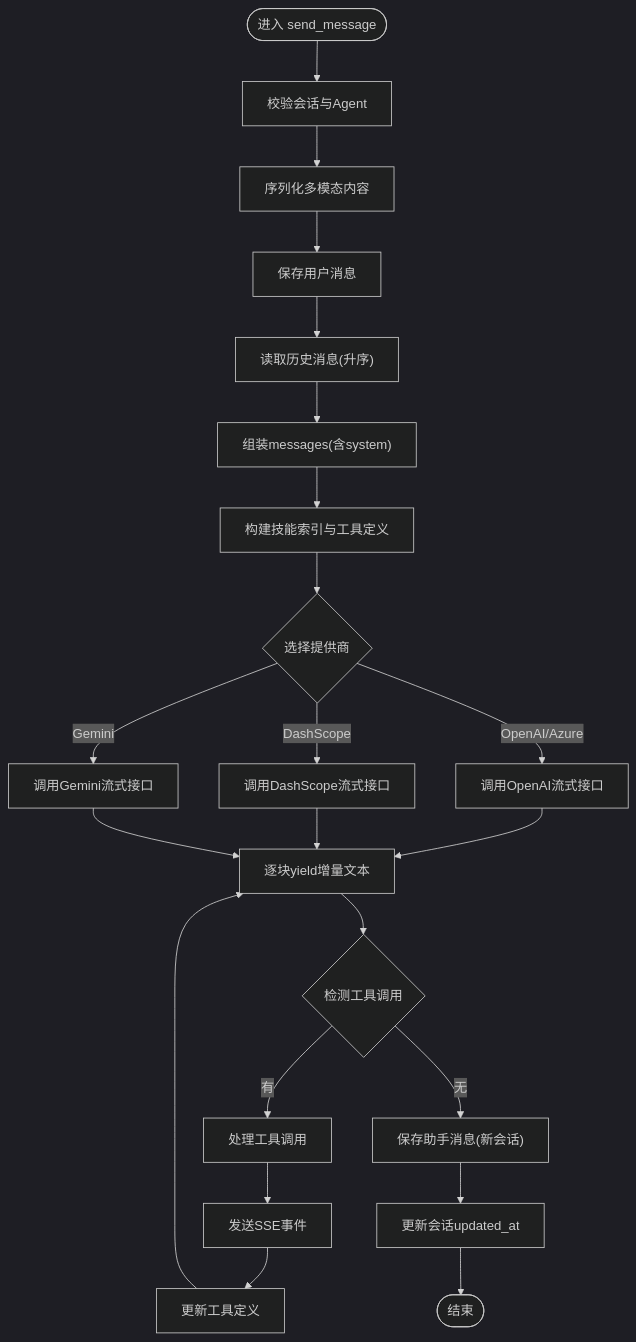
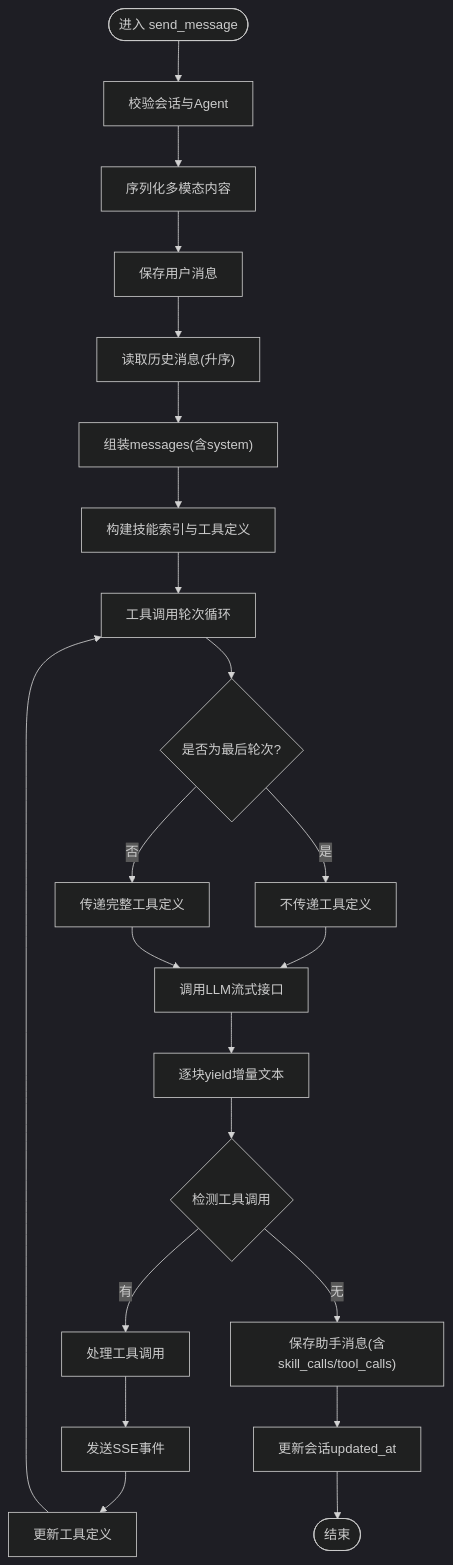
Before and after one commit to KunLabAI/KunFlix: the third of 12 diagrams in .qoder/repowiki/zh/content/后端开发指南/API路由系统/聊天交互API.md, drawn with Mermaid (dark theme). The commit also changed other lines of this file and 43 other files, not shown here.

````diff
--- a/.qoder/repowiki/zh/content/后端开发指南/API路由系统/聊天交互API.md
+++ b/.qoder/repowiki/zh/content/后端开发指南/API路由系统/聊天交互API.md
@@ -191,24 +199,24 @@
 ```mermaid
 flowchart TD
 Start(["进入 send_message"]) --> CheckSession["校验会话与Agent"]
 CheckSession --> SerializeContent["序列化多模态内容"]
 SerializeContent --> SaveUser["保存用户消息"]
 SaveUser --> LoadHistory["读取历史消息(升序)"]
 LoadHistory --> BuildMessages["组装messages(含system)"]
 BuildMessages --> BuildSkills["构建技能索引与工具定义"]
-BuildSkills --> CallProvider{"选择提供商"}
-CallProvider --> |OpenAI/Azure| OpenAI["调用OpenAI流式接口"]
-CallProvider --> |DashScope| Dash["调用DashScope流式接口"]
-CallProvider --> |Gemini| Gemini["调用Gemini流式接口"]
-OpenAI --> StreamOut["逐块yield增量文本"]
-Dash --> StreamOut
-Gemini --> StreamOut
+BuildSkills --> ToolRound["工具调用轮次循环"]
+ToolRound --> CheckLastRound{"是否为最后轮次?"}
+CheckLastRound --> |是| NoTools["不传递工具定义"]
+CheckLastRound --> |否| PassTools["传递完整工具定义"]
+NoTools --> CallProvider["调用LLM流式接口"]
+PassTools --> CallProvider
+CallProvider --> StreamOut["逐块yield增量文本"]
 StreamOut --> ToolCalls{"检测工具调用"}
 ToolCalls --> |有| ProcessTool["处理工具调用"]
 ProcessTool --> SendEvents["发送SSE事件"]
 SendEvents --> UpdateTools["更新工具定义"]
-UpdateTools --> StreamOut
-ToolCalls --> |无| SaveAssistant["保存助手消息(新会话)"]
+UpdateTools --> ToolRound
+ToolCalls --> |无| SaveAssistant["保存助手消息(含skill_calls/tool_calls)"]
 SaveAssistant --> UpdateTS["更新会话updated_at"]
 UpdateTS --> End(["结束"])
 ```
````
